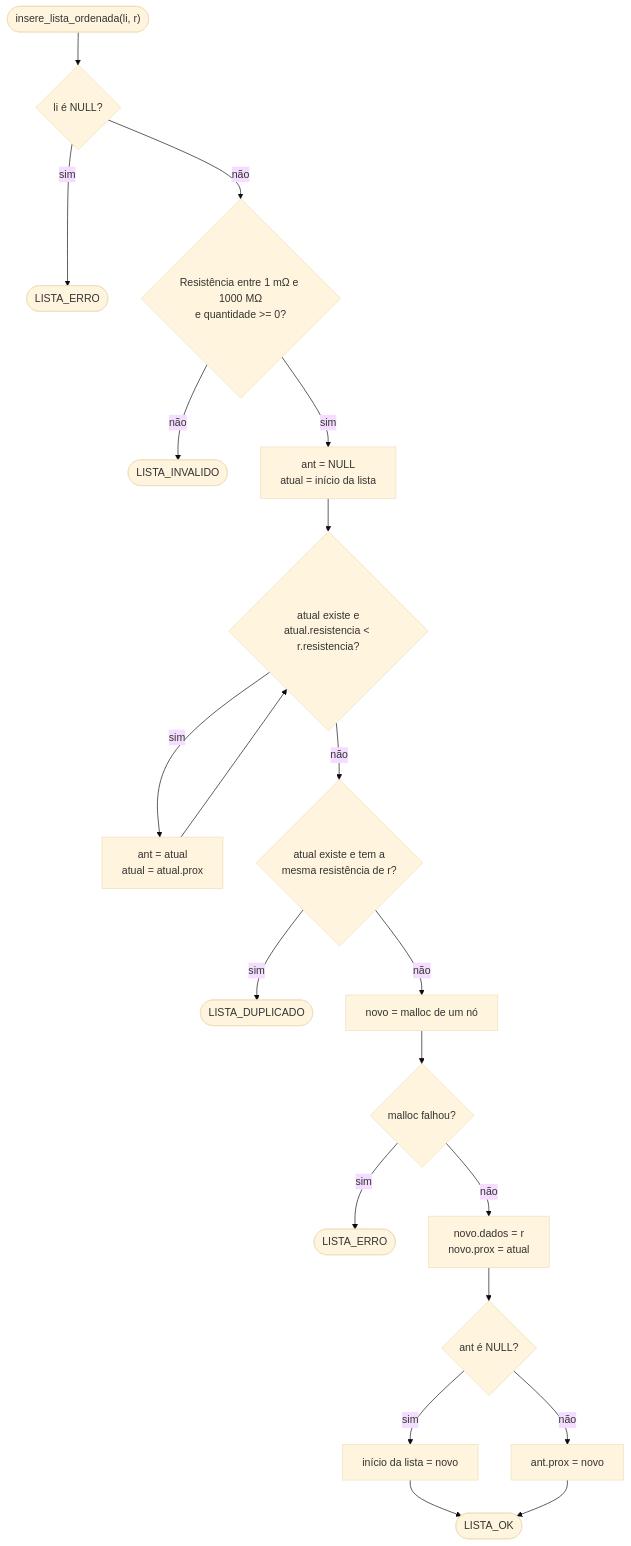
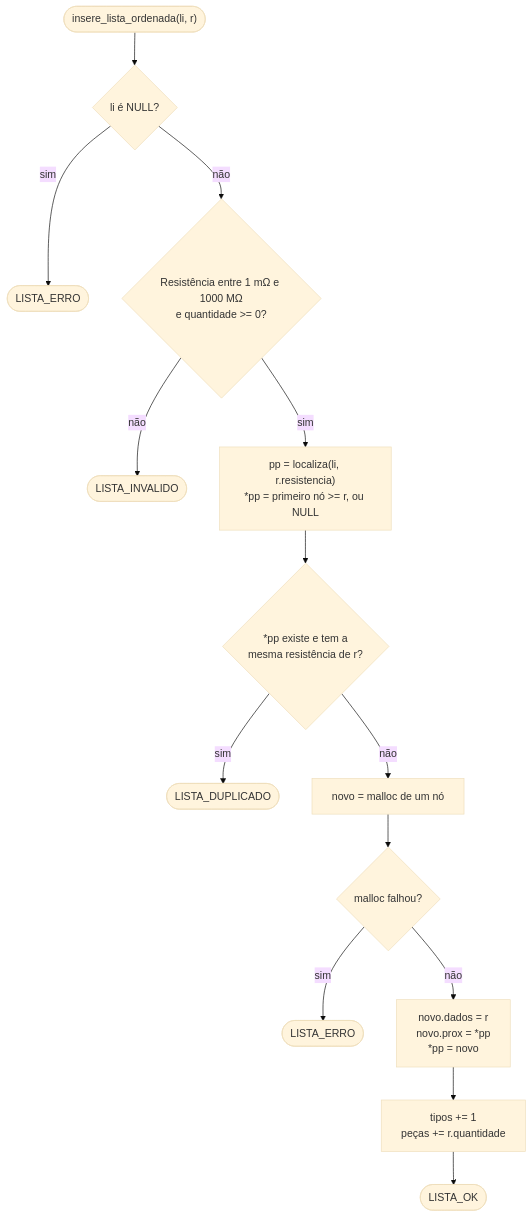
The second of 8 diagrams in README.md (0chambo/OhmFlow), drawn with Mermaid (base theme) before and after one commit. The commit also changed other lines of this file and 8 other files, not shown here.

First line of the commit message:
refactor(lista): no descritor, localiza por ponteiro duplo e chave canonica

````diff
--- a/README.md
+++ b/README.md
@@ -82,22 +109,16 @@
 ```mermaid
 flowchart TD
     S(["insere_lista_ordenada(li, r)"]) --> L{"li é NULL?"}
     L -- sim --> E0(["LISTA_ERRO"])
     L -- não --> V{"Resistência entre 1 mΩ e 1000 MΩ<br/>e quantidade >= 0?"}
     V -- não --> E1(["LISTA_INVALIDO"])
-    V -- sim --> I["ant = NULL<br/>atual = início da lista"]
-    I --> W{"atual existe e<br/>atual.resistencia < r.resistencia?"}
-    W -- sim --> AV["ant = atual<br/>atual = atual.prox"]
-    AV --> W
-    W -- não --> D{"atual existe e tem a<br/>mesma resistência de r?"}
+    V -- sim --> I["pp = localiza(li, r.resistencia)<br/>*pp = primeiro nó >= r, ou NULL"]
+    I --> D{"*pp existe e tem a<br/>mesma resistência de r?"}
     D -- sim --> E2(["LISTA_DUPLICADO"])
     D -- não --> M["novo = malloc de um nó"]
     M --> MF{"malloc falhou?"}
     MF -- sim --> E3(["LISTA_ERRO"])
-    MF -- não --> P["novo.dados = r<br/>novo.prox = atual"]
-    P --> Q{"ant é NULL?"}
-    Q -- sim --> H["início da lista = novo"]
-    Q -- não --> T["ant.prox = novo"]
-    H --> OK(["LISTA_OK"])
-    T --> OK
+    MF -- não --> P["novo.dados = r<br/>novo.prox = *pp<br/>*pp = novo"]
+    P --> C["tipos += 1<br/>peças += r.quantidade"]
+    C --> OK(["LISTA_OK"])
 ```
````
